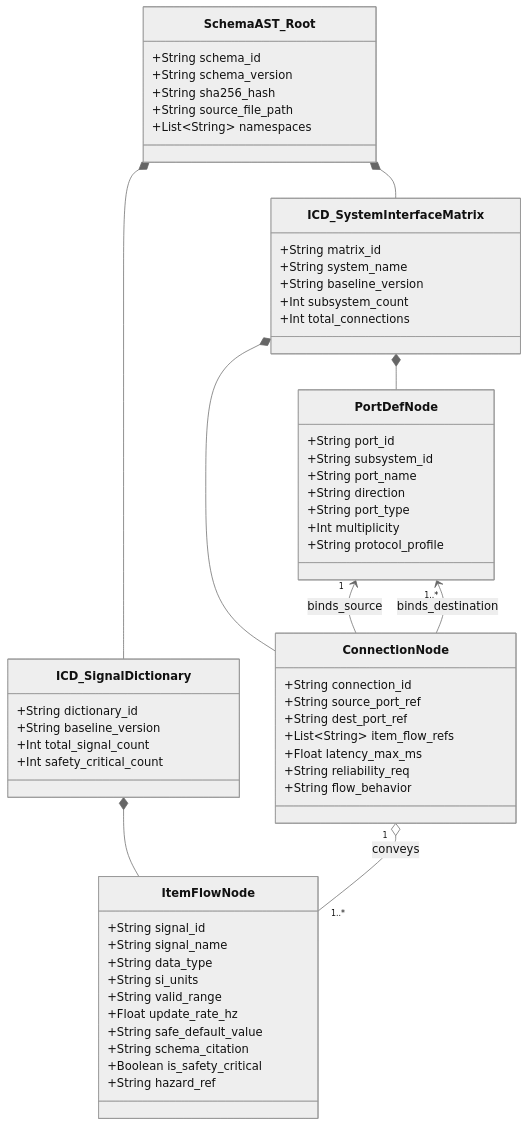
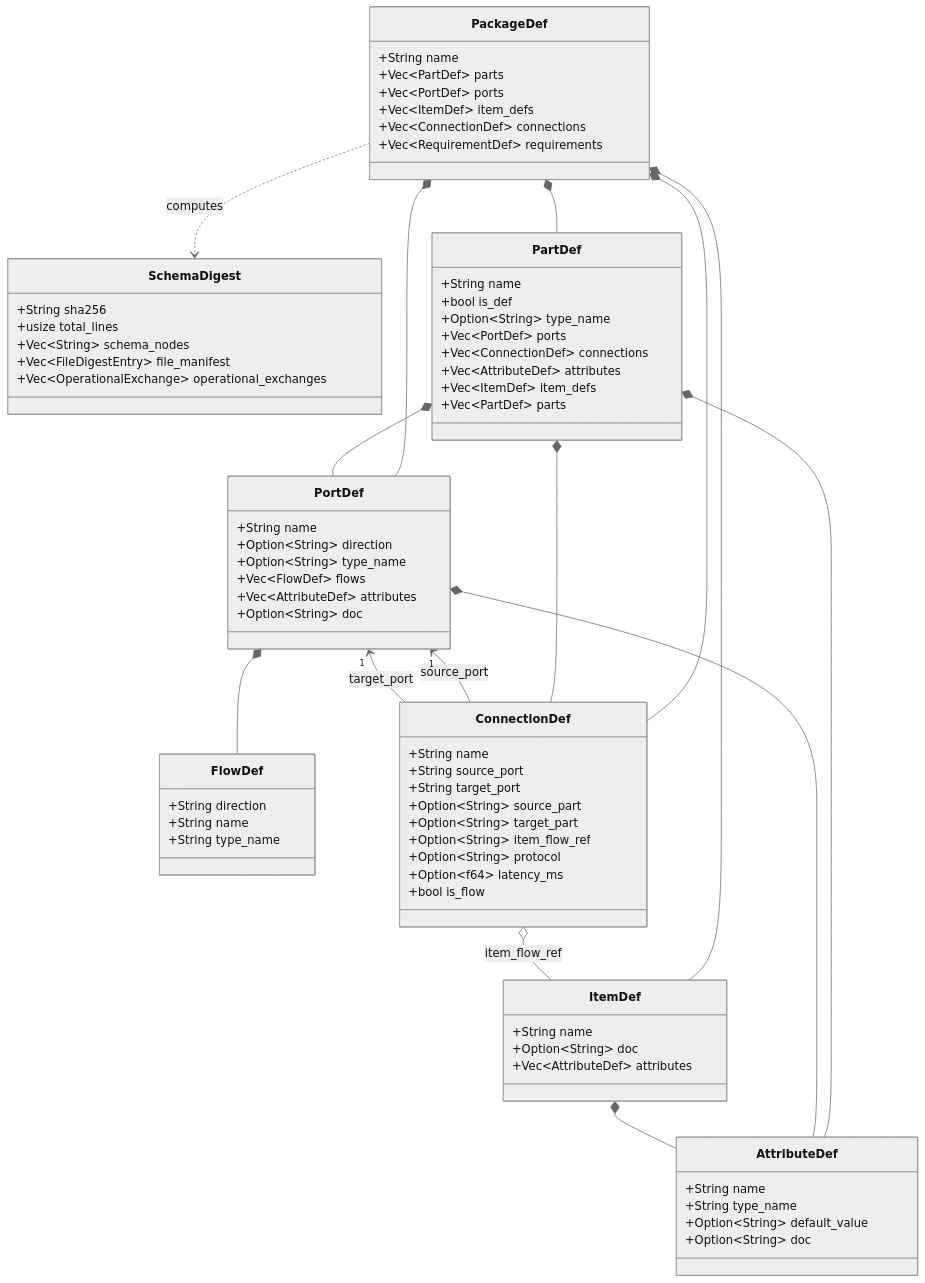
One commit to gintatkinson/DEAP01-spec-core changed the second of 5 diagrams in docs/architecture/blueprints/DEAP_LOGICAL_INTERFACE_SPECIFICATION_BLUEPRINT.md. Above: the diagram before and after it, drawn with Mermaid (neutral theme). The commit also changed other lines of this file and 28 other files, not shown here.

Commit message:
feat(verify-baseline,deap-core,compile-sysml): implement Option C blueprint capabilities and Check 37 blueprint grounding gate

````diff
--- a/docs/architecture/blueprints/DEAP_LOGICAL_INTERFACE_SPECIFICATION_BLUEPRINT.md
+++ b/docs/architecture/blueprints/DEAP_LOGICAL_INTERFACE_SPECIFICATION_BLUEPRINT.md
@@ -187,67 +187,85 @@
 ```mermaid
 classDiagram
-    class SchemaAST_Root {
-        +String schema_id
-        +String schema_version
-        +String sha256_hash
-        +String source_file_path
-        +List~String~ namespaces
+    class PackageDef {
+        +String name
+        +Vec~PartDef~ parts
+        +Vec~PortDef~ ports
+        +Vec~ItemDef~ item_defs
+        +Vec~ConnectionDef~ connections
+        +Vec~RequirementDef~ requirements
     }
 
-    class ICD_SystemInterfaceMatrix {
-        +String matrix_id
-        +String system_name
-        +String baseline_version
-        +Int subsystem_count
-        +Int total_connections
+    class SchemaDigest {
+        +String sha256
+        +usize total_lines
+        +Vec~String~ schema_nodes
+        +Vec~FileDigestEntry~ file_manifest
+        +Vec~OperationalExchange~ operational_exchanges
     }
 
-    class ICD_SignalDictionary {
-        +String dictionary_id
-        +String baseline_version
-        +Int total_signal_count
-        +Int safety_critical_count
+    class PartDef {
+        +String name
+        +bool is_def
+        +Option~String~ type_name
+        +Vec~PortDef~ ports
+        +Vec~ConnectionDef~ connections
+        +Vec~AttributeDef~ attributes
+        +Vec~ItemDef~ item_defs
+        +Vec~PartDef~ parts
     }
 
-    class PortDefNode {
-        +String port_id
-        +String subsystem_id
-        +String port_name
-        +String direction
-        +String port_type
-        +Int multiplicity
-        +String protocol_profile
+    class PortDef {
+        +String name
+        +Option~String~ direction
+        +Option~String~ type_name
+        +Vec~FlowDef~ flows
+        +Vec~AttributeDef~ attributes
+        +Option~String~ doc
     }
 
-    class ItemFlowNode {
-        +String signal_id
-        +String signal_name
-        +String data_type
-        +String si_units
-        +String valid_range
-        +Float update_rate_hz
-        +String safe_default_value
-        +String schema_citation
-        +Boolean is_safety_critical
-        +String hazard_ref
+    class FlowDef {
+        +String direction
+        +String name
+        +String type_name
     }
 
-    class ConnectionNode {
-        +String connection_id
-        +String source_port_ref
-        +String dest_port_ref
-        +List~String~ item_flow_refs
-        +Float latency_max_ms
-        +String reliability_req
-        +String flow_behavior
+    class ItemDef {
+        +String name
+        +Option~String~ doc
+        +Vec~AttributeDef~ attributes
     }
 
-    SchemaAST_Root *-- ICD_SystemInterfaceMatrix
-    SchemaAST_Root *-- ICD_SignalDictionary
-    ICD_SystemInterfaceMatrix *-- PortDefNode
-    ICD_SystemInterfaceMatrix *-- ConnectionNode
-    ICD_SignalDictionary *-- ItemFlowNode
-    PortDefNode "1" <-- ConnectionNode : binds_source
-    PortDefNode "1..*" <-- ConnectionNode : binds_destination
-    ConnectionNode "1" o-- "1..*" ItemFlowNode : conveys
+    class ConnectionDef {
+        +String name
+        +String source_port
+        +String target_port
+        +Option~String~ source_part
+        +Option~String~ target_part
+        +Option~String~ item_flow_ref
+        +Option~String~ protocol
+        +Option~f64~ latency_ms
+        +bool is_flow
+    }
+
+    class AttributeDef {
+        +String name
+        +String type_name
+        +Option~String~ default_value
+        +Option~String~ doc
+    }
+
+    PackageDef *-- PartDef
+    PackageDef *-- PortDef
+    PackageDef *-- ItemDef
+    PackageDef *-- ConnectionDef
+    PackageDef ..> SchemaDigest : computes
+    PartDef *-- PortDef
+    PartDef *-- ConnectionDef
+    PartDef *-- AttributeDef
+    PortDef *-- FlowDef
+    PortDef *-- AttributeDef
+    ItemDef *-- AttributeDef
+    PortDef "1" <-- ConnectionDef : source_port
+    PortDef "1" <-- ConnectionDef : target_port
+    ConnectionDef o-- ItemDef : item_flow_ref
 ```
````
